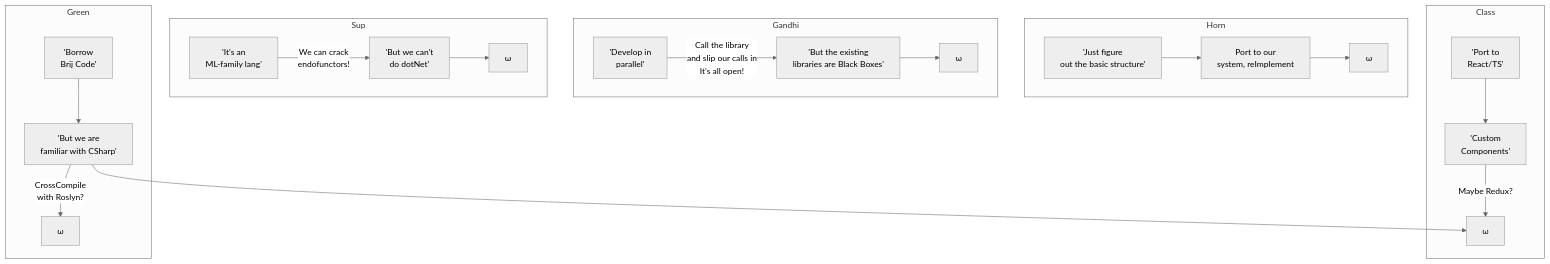
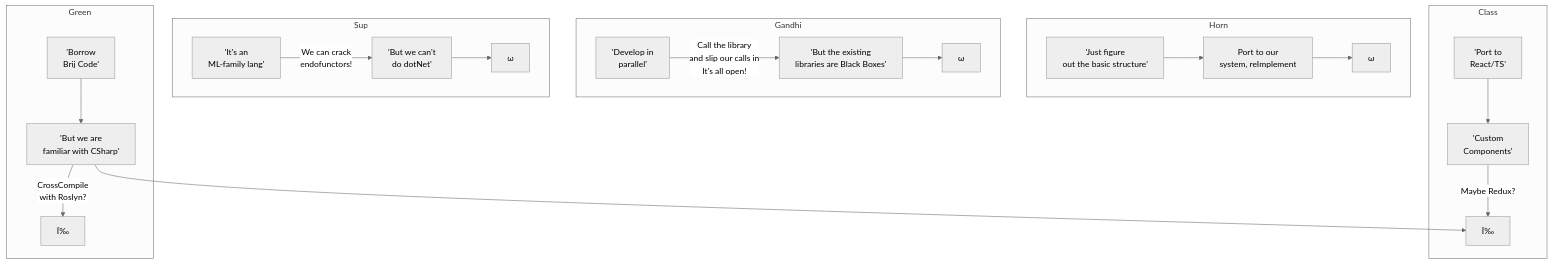
The first of 3 diagrams in Notes.md (TrivediEnterprisesInc/TrivediEnterprisesInc.github.io), drawn with Mermaid (neutral theme) before and after one commit. The commit also changed other lines of this file, not shown here.

````diff
--- a/Notes.md
+++ b/Notes.md
@@ -212,24 +213,24 @@
 ```mermaid
 graph TB
     c1-->a3
     subgraph Class
     a1['Port to<br>React/TS']-->a2
-    a2['Custom<br>Components']-->|Maybe Redux?|a3[ω]
+    a2['Custom<br>Components']-->|Maybe Redux?|a3[Ï‰]
     end
     subgraph Horn
     b1['Just figure<br>out the basic structure']-->b2[Port to our<br>system, reImplement]
     b2-->b3[ω]
     end
     subgraph Gandhi
     g1['Develop in<br>parallel']-->|Call the library<br>and slip our calls in<br>It's all open!|g2['But the existing<br>libraries are Black Boxes']
     g2-->g3[ω]
     end
     subgraph Sup
     sup1['It's an <br>ML-family lang']-->|We can crack<br>endofunctors!|sup2['But we can't<br>do dotNet']
     sup2 --> sup3[ω]
     end
     subgraph Green
     c0['Borrow<br>Brij Code']-->c1
-    c1['But we are<br>familiar with CSharp']-->|CrossCompile<br>with Roslyn?|c2[ω]
+    c1['But we are<br>familiar with CSharp']-->|CrossCompile<br>with Roslyn?|c2[Ï‰]
     end
 ```
````
